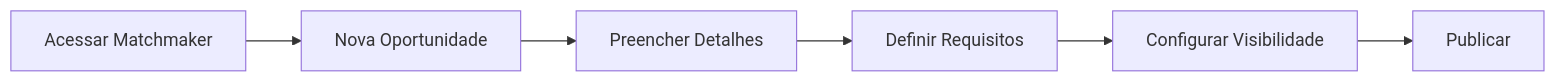
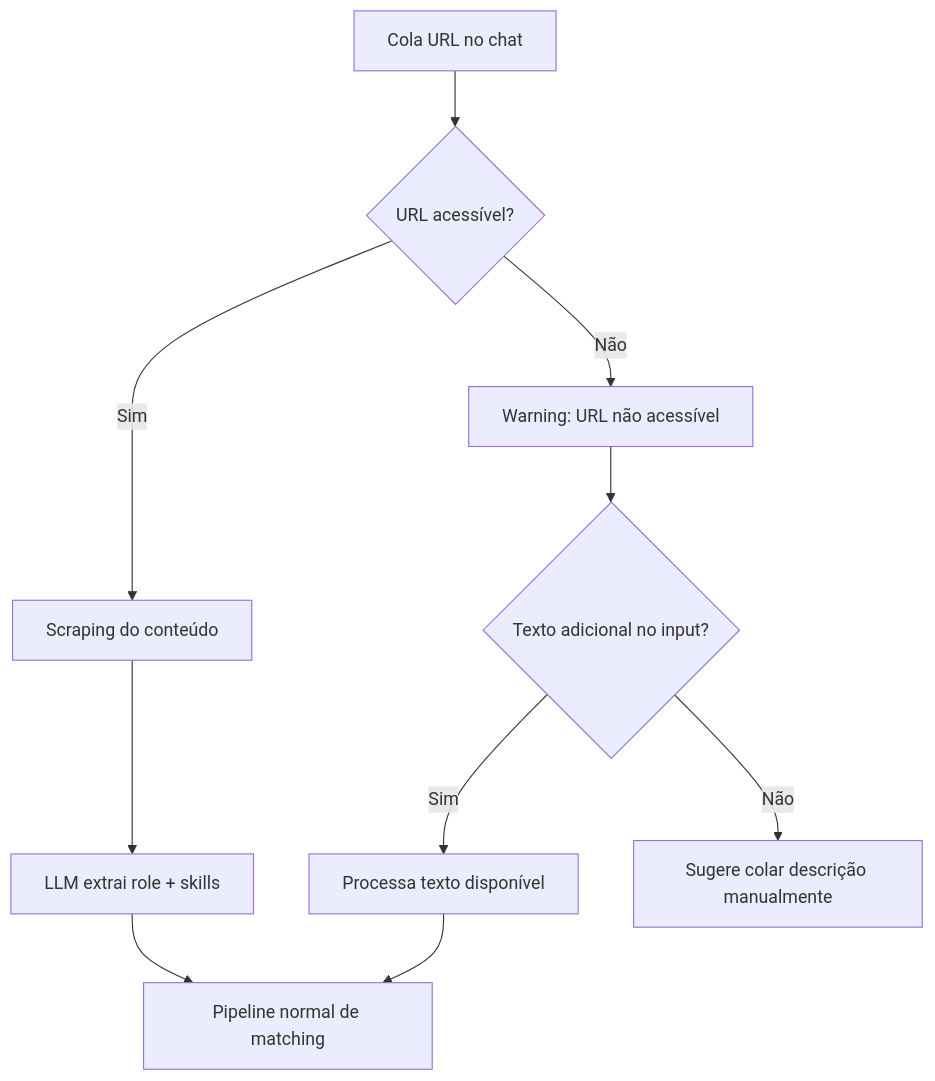
One commit to leapy-edtech/docs changed the second of 3 diagrams in documentation/domains/matchmaker/journeys.mdx. Above: the diagram before and after it, drawn with Mermaid. The commit also changed other lines of this file and 22 other files, not shown here.

````diff
--- a/documentation/domains/matchmaker/journeys.mdx
+++ b/documentation/domains/matchmaker/journeys.mdx
@@ -10,8 +144,14 @@
 ```mermaid
-flowchart LR
-    A[Acessar Matchmaker] --> B[Nova Oportunidade]
-    B --> C[Preencher Detalhes]
-    C --> D[Definir Requisitos]
-    D --> E[Configurar Visibilidade]
-    E --> F[Publicar]
+flowchart TD
+    A[Cola URL no chat] --> B{URL acessível?}
+    B -->|Sim| C[Scraping do conteúdo]
+    C --> D[LLM extrai role + skills]
+    D --> E[Pipeline normal de matching]
+
+    B -->|Não| F[Warning: URL não acessível]
+    F --> G{Texto adicional no input?}
+    G -->|Sim| H[Processa texto disponível]
+    G -->|Não| I[Sugere colar descrição manualmente]
+
+    H --> E
 ```
````
